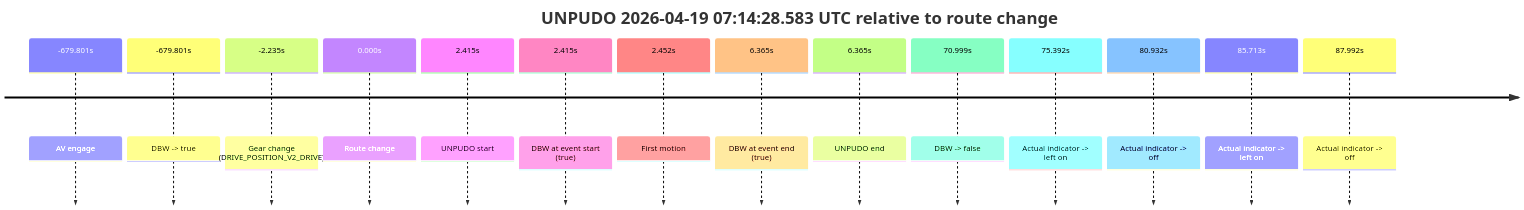
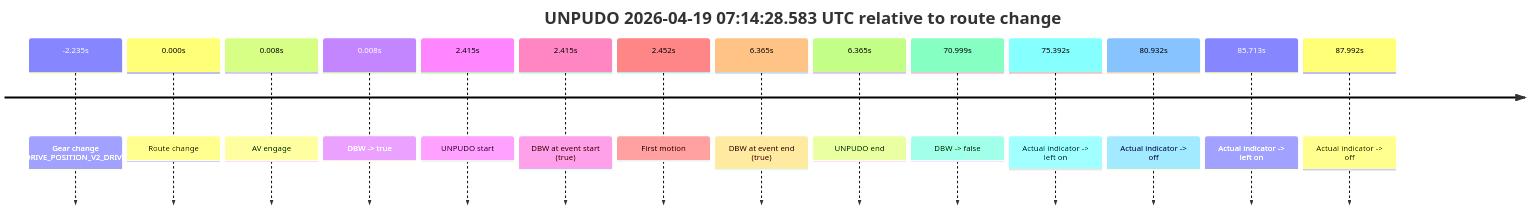
Diagram 11 of 13 in model_analysis/report_cards/2026/04/Week-3/fme20009--2026-04-19--05-51-41--gen2-av-de5cf318-085d-434c-bbad-44a85d521e9e.md (yoelshapiro/vault), drawn with Mermaid before and after one commit. The commit also changed other lines of this file and 41 other files, not shown here.

````diff
--- a/model_analysis/report_cards/2026/04/Week-3/fme20009--2026-04-19--05-51-41--gen2-av-de5cf318-085d-434c-bbad-44a85d521e9e.md
+++ b/model_analysis/report_cards/2026/04/Week-3/fme20009--2026-04-19--05-51-41--gen2-av-de5cf318-085d-434c-bbad-44a85d521e9e.md
@@ -334,18 +989,18 @@
 ```mermaid
 timeline
     title UNPUDO 2026-04-19 07:14:28.583 UTC relative to route change
-    -679.801s : AV engage
-    -679.801s : DBW -> true
     -2.235s : Gear change (DRIVE_POSITION_V2_DRIVE)
     0.000s : Route change
+    0.008s : AV engage
+    0.008s : DBW -> true
     2.415s : UNPUDO start
     2.415s : DBW at event start (true)
     2.452s : First motion
     6.365s : DBW at event end (true)
     6.365s : UNPUDO end
     70.999s : DBW -> false
     75.392s : Actual indicator -> left on
     80.932s : Actual indicator -> off
     85.713s : Actual indicator -> left on
     87.992s : Actual indicator -> off
 ```
````
